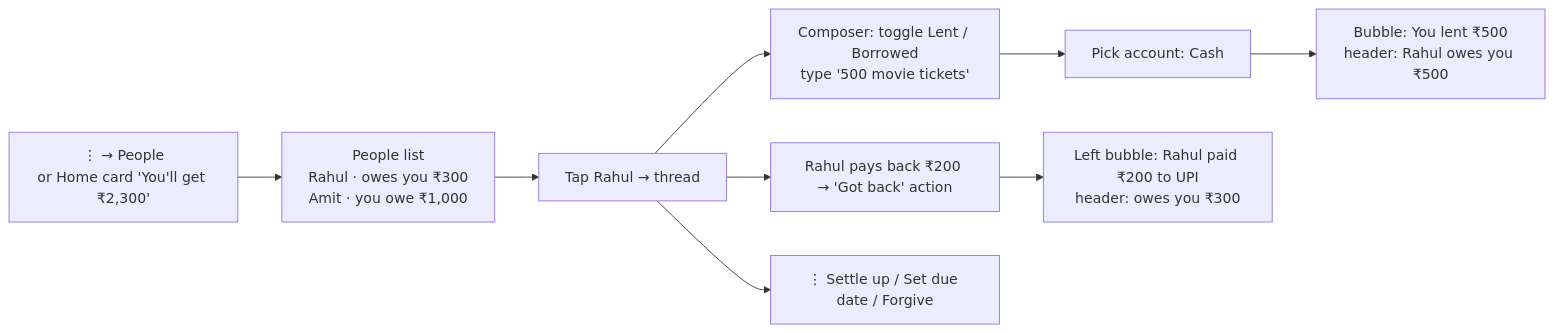
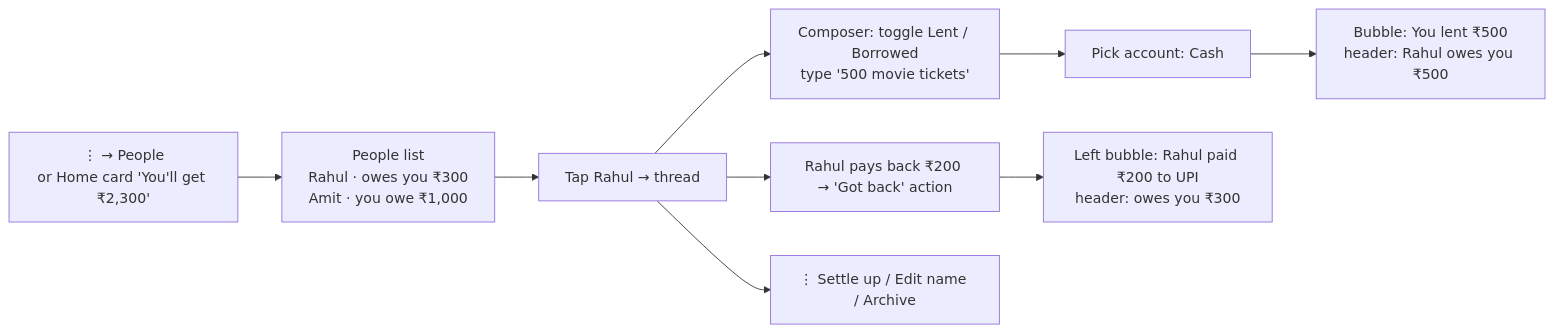
The fifth of 5 diagrams in docs/03-AppFlow.md (musarafhossain/HisaabChat), drawn with Mermaid before and after one commit. The commit also changed other lines of this file and 5 other files, not shown here.

````diff
--- a/docs/03-AppFlow.md
+++ b/docs/03-AppFlow.md
@@ -199,11 +206,11 @@
 ```mermaid
 flowchart LR
     A[⋮ → People<br/>or Home card 'You'll get ₹2,300'] --> B[People list<br/>Rahul · owes you ₹300<br/>Amit · you owe ₹1,000]
     B --> C[Tap Rahul → thread]
     C --> D["Composer: toggle Lent / Borrowed<br/>type '500 movie tickets'"]
     D --> E[Pick account: Cash]
     E --> F[Bubble: You lent ₹500<br/>header: Rahul owes you ₹500]
     C --> G[Rahul pays back ₹200 → 'Got back' action]
     G --> H[Left bubble: Rahul paid ₹200 to UPI<br/>header: owes you ₹300]
-    C --> I[⋮ Settle up / Set due date / Forgive]
+    C --> I[⋮ Settle up / Edit name / Archive]
 ```
````
